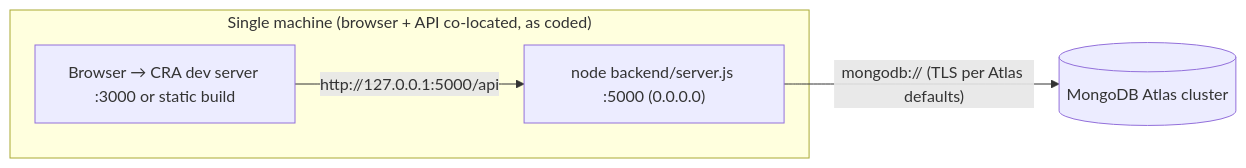
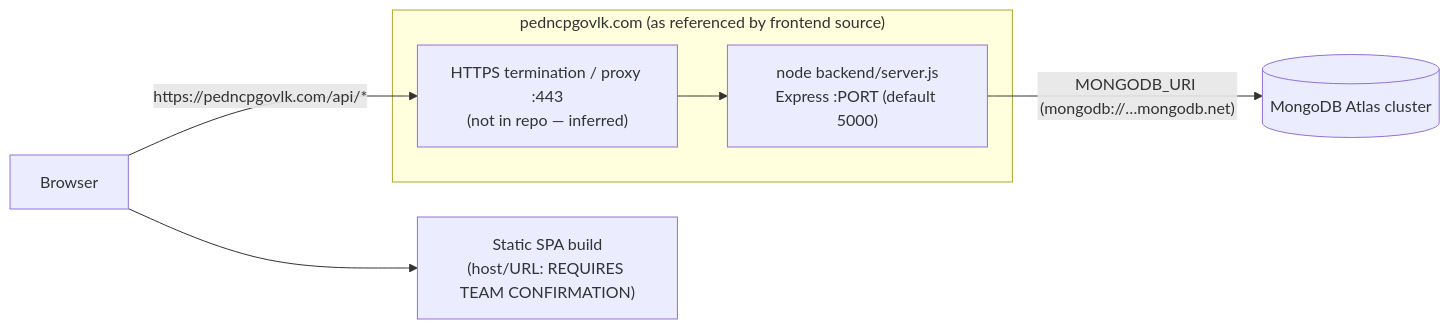
The second of 2 diagrams in TECHNICAL_DOCUMENTATION_EXTRACTION/05_System_Architecture.md (Project-Managment-System/software-engineering-project), drawn with Mermaid before and after one commit. The commit also changed other lines of this file and 14 other files, not shown here.

````diff
--- a/TECHNICAL_DOCUMENTATION_EXTRACTION/05_System_Architecture.md
+++ b/TECHNICAL_DOCUMENTATION_EXTRACTION/05_System_Architecture.md
@@ -144,10 +144,13 @@
 ```mermaid
 flowchart LR
-  subgraph Host["Single machine (browser + API co-located, as coded)"]
-    B["Browser → CRA dev server :3000 or static build"]
-    N["node backend/server.js :5000 (0.0.0.0)"]
+  B["Browser"]
+  FE["Static SPA build<br/>(host/URL: REQUIRES TEAM CONFIRMATION)"]
+  subgraph Prod["pedncpgovlk.com (as referenced by frontend source)"]
+    RP["HTTPS termination / proxy :443<br/>(not in repo — inferred)"]
+    N["node backend/server.js<br/>Express :PORT (default 5000)"]
   end
   A[("MongoDB Atlas cluster")]
-  B -- "http://127.0.0.1:5000/api" --> N
-  N -- "mongodb:// (TLS per Atlas defaults)" --> A
+  B --> FE
+  B -- "https://pedncpgovlk.com/api/*" --> RP --> N
+  N -- "MONGODB_URI (mongodb://…mongodb.net)" --> A
 ```
````
